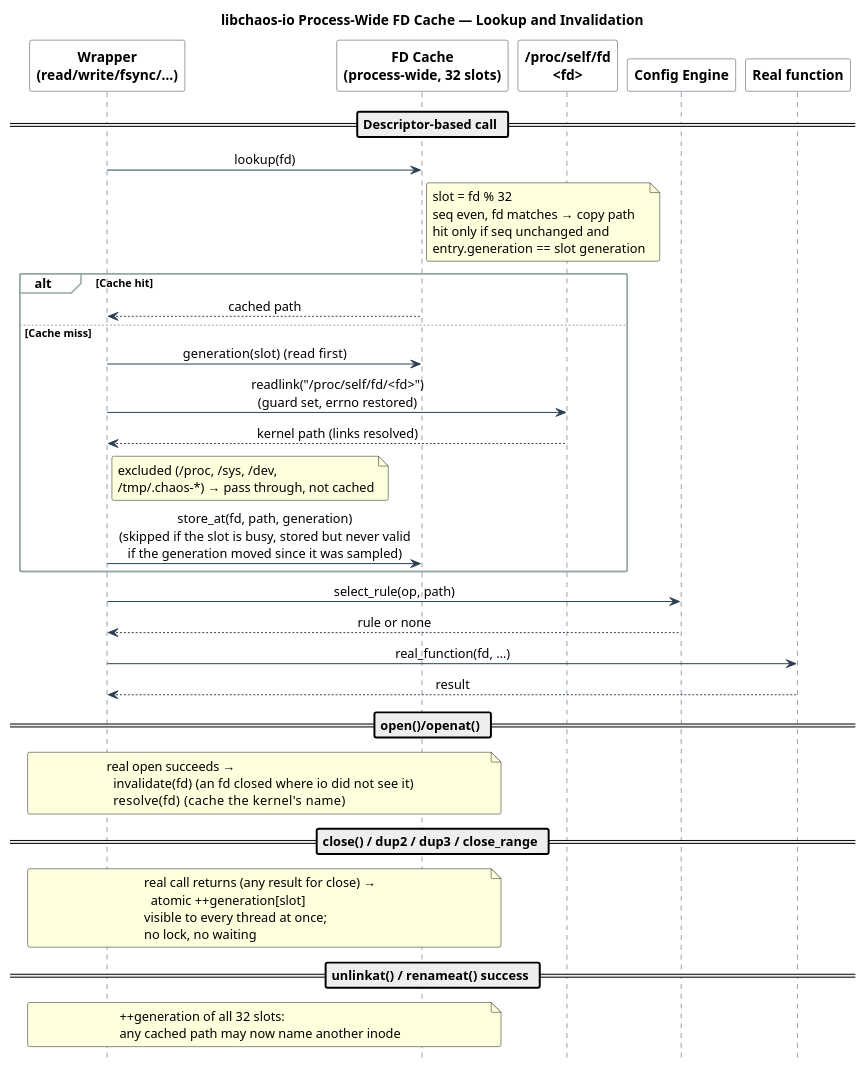
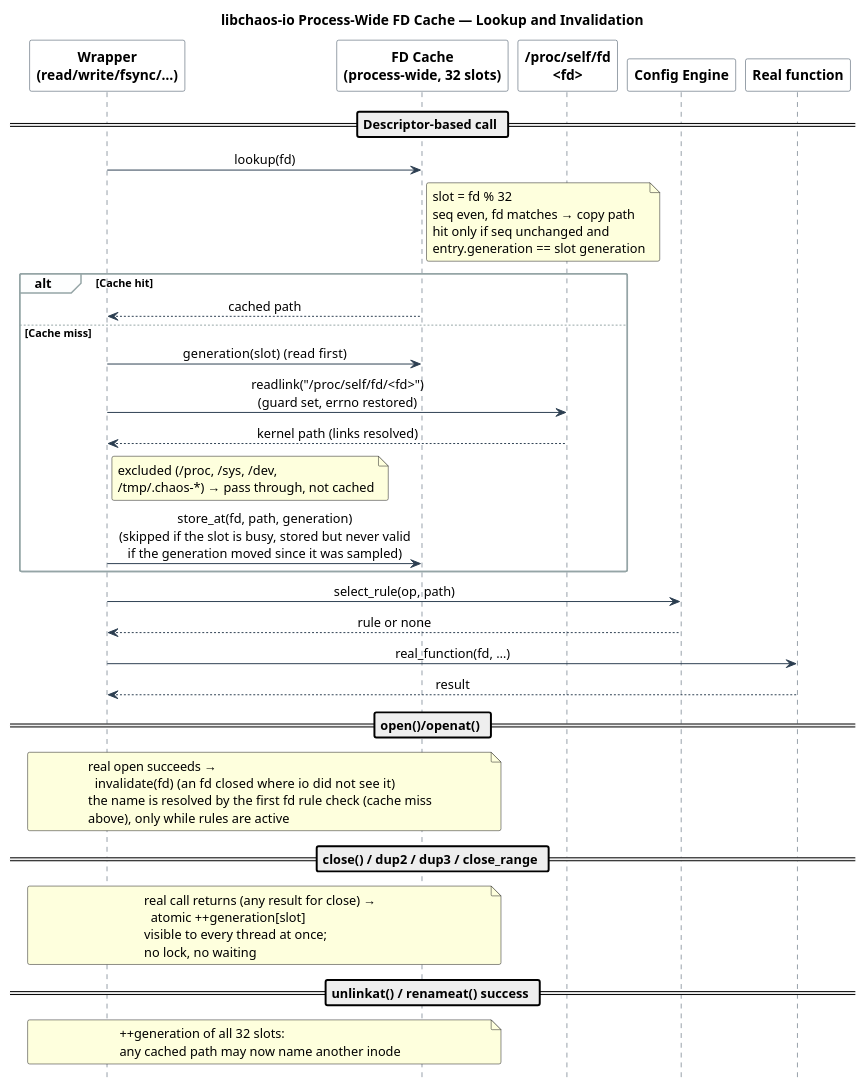
One commit to macstab/macstab-chaos-testing-libraries changed the third of 3 diagrams in docs/ARCHITECTURE.md. Above: the diagram before and after it, drawn with PlantUML. The commit also changed 103 other files, not shown here.

````diff
--- a/docs/ARCHITECTURE.md
+++ b/docs/ARCHITECTURE.md
@@ -559,79 +559,80 @@
 ```plantuml
 @startuml fdcache
 title libchaos-io Process-Wide FD Cache — Lookup and Invalidation
 
 skinparam sequenceMessageAlign center
 skinparam shadowing false
 skinparam roundCorner 4
 skinparam sequence {
   ArrowColor                 #2C3E50
   LifeLineBorderColor        #2C3E50
   LifeLineBackgroundColor    #ECF0F1
   ParticipantBorderColor     #2C3E50
   ParticipantBackgroundColor #FFFFFF
   ParticipantFontStyle       bold
   GroupBackgroundColor       #FDFEFE
   GroupBorderColor           #95A5A6
 }
 hide footbox
 
 participant "Wrapper\n(read/write/fsync/…)" as Wrap
 participant "FD Cache\n(process-wide, 32 slots)" as Cache
 participant "/proc/self/fd\n<fd>" as Proc
 participant "Config Engine" as Config
 participant "Real function" as Real
 
 == Descriptor-based call ==
 
 Wrap -> Cache : lookup(fd)
 note right of Cache
   slot = fd % 32
   seq even, fd matches → copy path
   hit only if seq unchanged and
   entry.generation == slot generation
 end note
 
 alt Cache hit
   Cache --> Wrap : cached path
 else Cache miss
   Wrap -> Cache : generation(slot)  (read first)
   Wrap -> Proc : readlink("/proc/self/fd/<fd>")\n(guard set, errno restored)
   Proc --> Wrap : kernel path (links resolved)
   note right of Wrap
     excluded (/proc, /sys, /dev,
     /tmp/.chaos-*) → pass through, not cached
   end note
   Wrap -> Cache : store_at(fd, path, generation)\n(skipped if the slot is busy, stored but never valid\nif the generation moved since it was sampled)
 end
 
 Wrap -> Config : select_rule(op, path)
 Config --> Wrap : rule or none
 Wrap -> Real : real_function(fd, …)
 Real --> Wrap : result
 
 == open()/openat() ==
 
 note over Wrap, Cache
   real open succeeds →
     invalidate(fd)  (an fd closed where io did not see it)
-    resolve(fd)     (cache the kernel's name)
+  the name is resolved by the first fd rule check (cache miss
+  above), only while rules are active
 end note
 
 == close() / dup2 / dup3 / close_range ==
 
 note over Wrap, Cache
   real call returns (any result for close) →
     atomic ++generation[slot]
   visible to every thread at once;
   no lock, no waiting
 end note
 
 == unlinkat() / renameat() success ==
 
 note over Wrap, Cache
   ++generation of all 32 slots:
   any cached path may now name another inode
 end note
 
 @enduml
 ```
````
